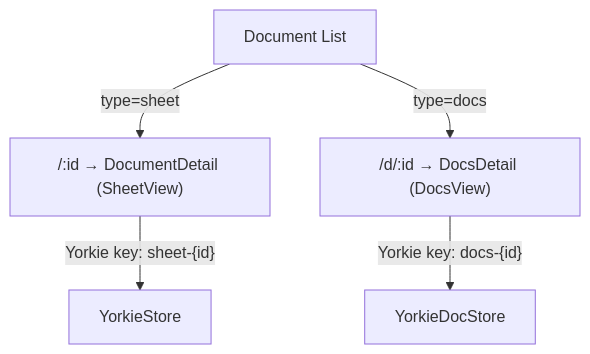
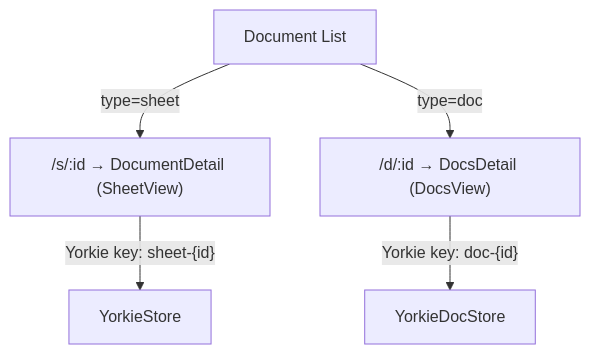
The diagram in docs/design/docs-frontend-integration.md (wafflebase/wafflebase), drawn with Mermaid before and after one commit. The commit also changed other lines of this file, not shown here.

Commit message:
Fix design doc file refs and update type values to "doc"

````diff
--- a/docs/design/docs-frontend-integration.md
+++ b/docs/design/docs-frontend-integration.md
@@ -175,8 +175,8 @@
 ```mermaid
 flowchart TD
   LIST["Document List"]
-  LIST -->|"type=sheet"| SHEET["/:id → DocumentDetail (SheetView)"]
-  LIST -->|"type=docs"| DOCS["/d/:id → DocsDetail (DocsView)"]
+  LIST -->|"type=sheet"| SHEET["/s/:id → DocumentDetail (SheetView)"]
+  LIST -->|"type=doc"| DOCS["/d/:id → DocsDetail (DocsView)"]
   SHEET -->|"Yorkie key: sheet-{id}"| YS["YorkieStore"]
-  DOCS -->|"Yorkie key: docs-{id}"| YDS["YorkieDocStore"]
+  DOCS -->|"Yorkie key: doc-{id}"| YDS["YorkieDocStore"]
 ```
````
